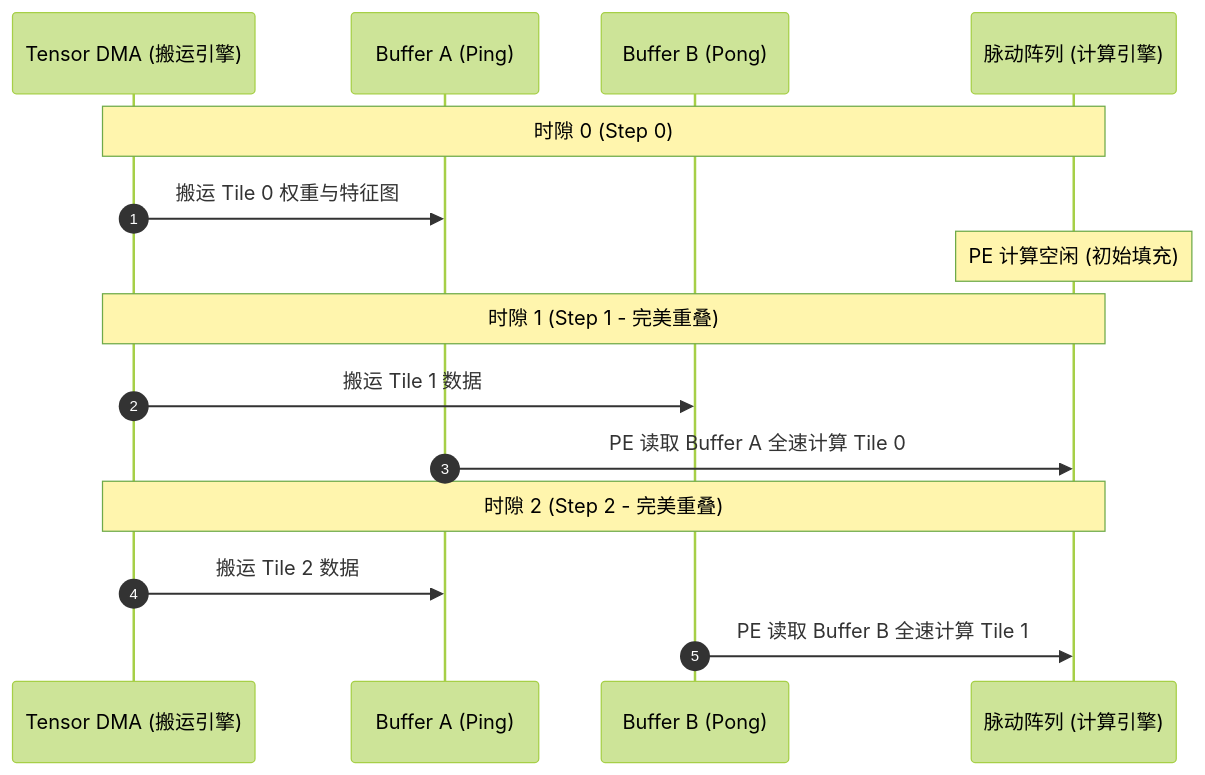
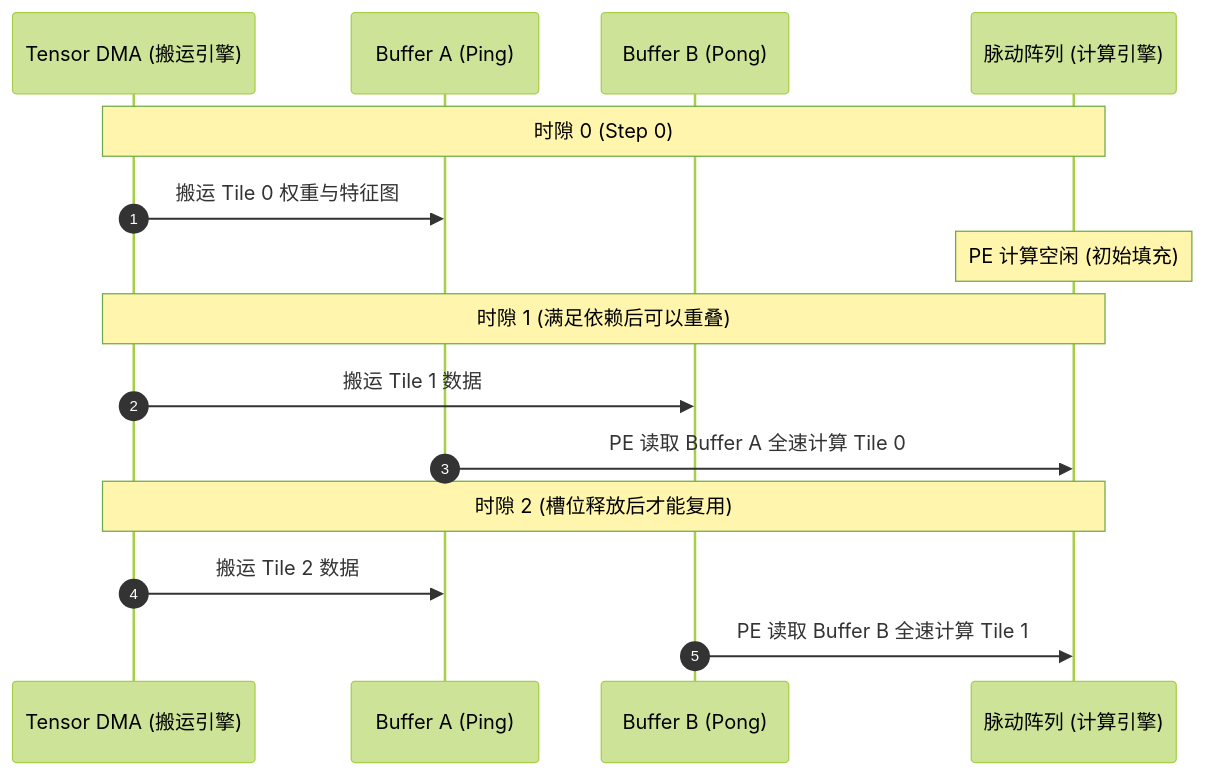
The diagram in NPU/03-Scratchpad-OnChip-Buffer/02-ping-pong-double-buffering.md (YvainZhang/YvainZhang.github.io), drawn with Mermaid (forest theme) before and after one commit. The commit also changed other lines of this file and 20 other files, not shown here.

````diff
--- a/NPU/03-Scratchpad-OnChip-Buffer/02-ping-pong-double-buffering.md
+++ b/NPU/03-Scratchpad-OnChip-Buffer/02-ping-pong-double-buffering.md
@@ -5,20 +7,20 @@
 ```mermaid
 sequenceDiagram
     autonumber
     participant DMA as Tensor DMA (搬运引擎)
     participant Ping as Buffer A (Ping)
     participant Pong as Buffer B (Pong)
     participant PE as 脉动阵列 (计算引擎)
 
     Note over DMA, PE: 时隙 0 (Step 0)
     DMA->>Ping: 搬运 Tile 0 权重与特征图
     Note over PE: PE 计算空闲 (初始填充)
 
-    Note over DMA, PE: 时隙 1 (Step 1 - 完美重叠)
+    Note over DMA, PE: 时隙 1 (满足依赖后可以重叠)
     DMA->>Pong: 搬运 Tile 1 数据
     Ping->>PE: PE 读取 Buffer A 全速计算 Tile 0
 
-    Note over DMA, PE: 时隙 2 (Step 2 - 完美重叠)
+    Note over DMA, PE: 时隙 2 (槽位释放后才能复用)
     DMA->>Ping: 搬运 Tile 2 数据
     Pong->>PE: PE 读取 Buffer B 全速计算 Tile 1
 ```
````
